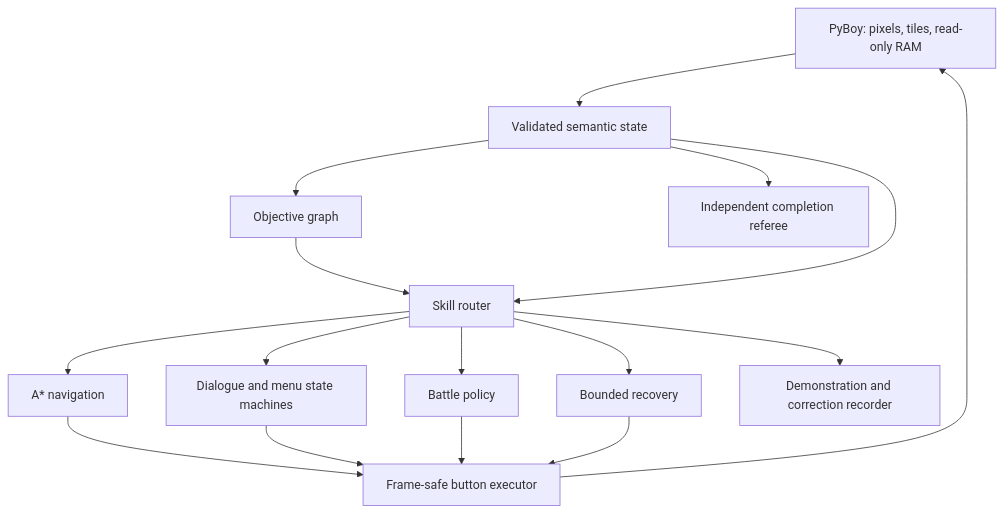
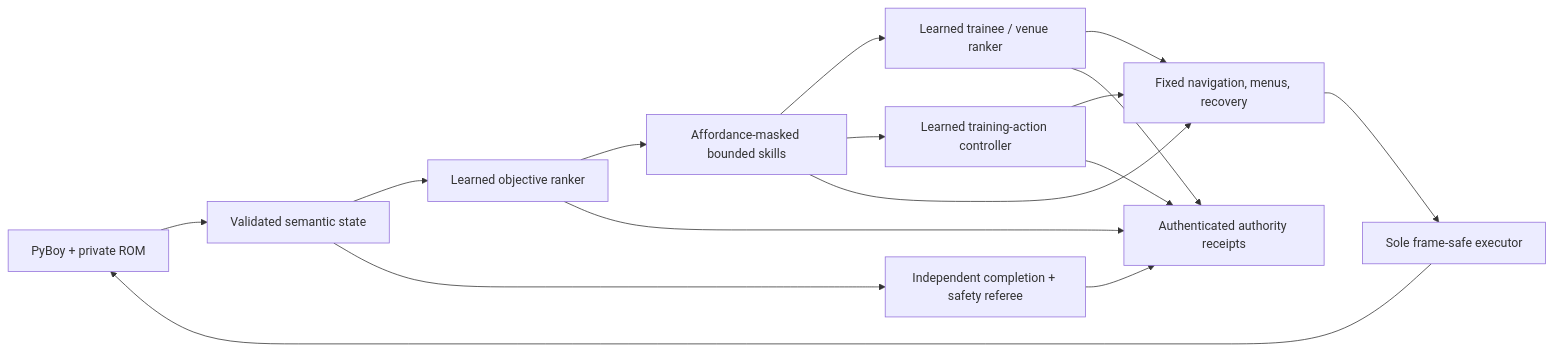
The diagram in README.md (PeteAndrews1289/pokemon-red-completion-agent), drawn with Mermaid before and after one commit. The commit also changed other lines of this file and 9 other files, not shown here.

````diff
--- a/README.md
+++ b/README.md
@@ -542,21 +550,18 @@
 ```mermaid
-flowchart TD
-    Game["PyBoy: pixels, tiles, read-only RAM"] --> State["Validated semantic state"]
-    State --> Quest["Objective graph"]
-    Quest --> Router["Skill router"]
-    State --> Router
-
-    Router --> Nav["A* navigation"]
-    Router --> Menu["Dialogue and menu state machines"]
-    Router --> Battle["Battle policy"]
-    Router --> Recovery["Bounded recovery"]
-
-    Nav --> Executor["Frame-safe button executor"]
-    Menu --> Executor
-    Battle --> Executor
-    Recovery --> Executor
+flowchart LR
+    Game["PyBoy + private ROM"] --> State["Validated semantic state"]
+    State --> Planner["Learned objective ranker"]
+    Planner --> Skills["Affordance-masked bounded skills"]
+    Skills --> Strategy["Learned trainee / venue ranker"]
+    Skills --> Control["Learned training-action controller"]
+    Skills --> Mechanics["Fixed navigation, menus, recovery"]
+    Strategy --> Mechanics
+    Control --> Mechanics
+    Mechanics --> Executor["Sole frame-safe executor"]
     Executor --> Game
-
-    State --> Referee["Independent completion referee"]
-    Router --> Dataset["Demonstration and correction recorder"]
+    State --> Referee["Independent completion + safety referee"]
+    Planner --> Evidence["Authenticated authority receipts"]
+    Strategy --> Evidence
+    Control --> Evidence
+    Referee --> Evidence
 ```
````
